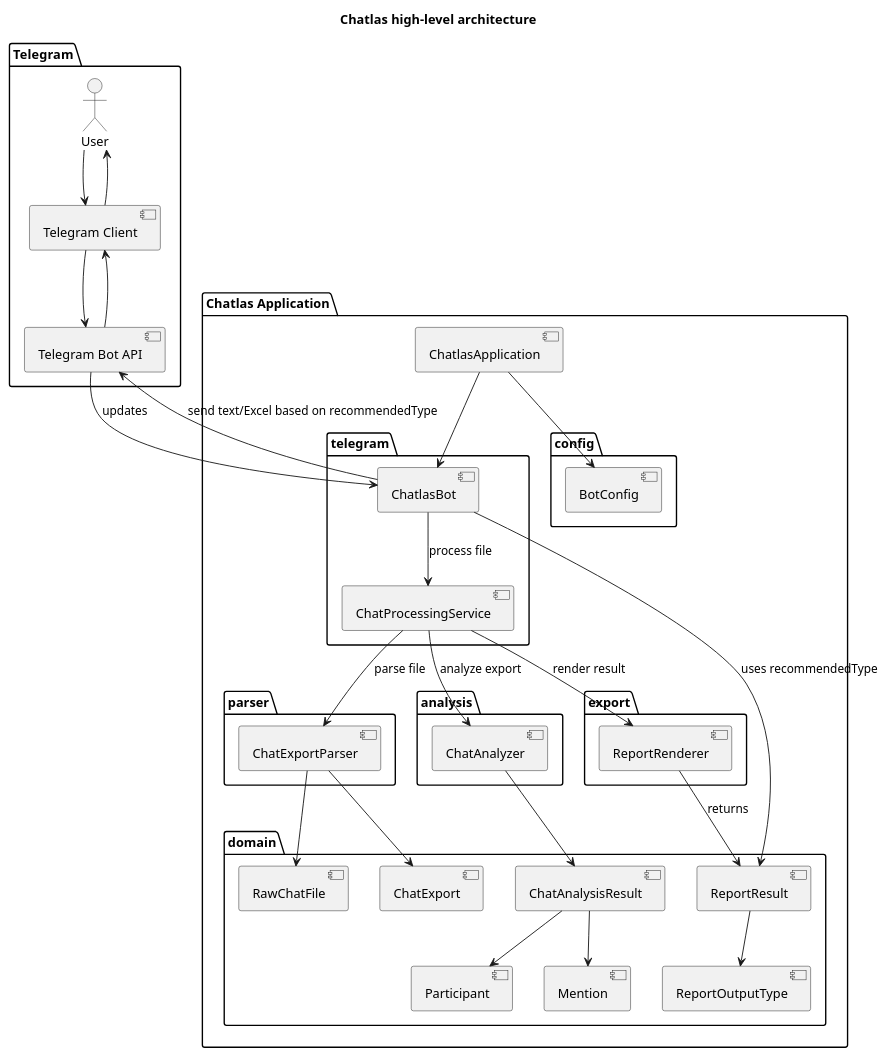
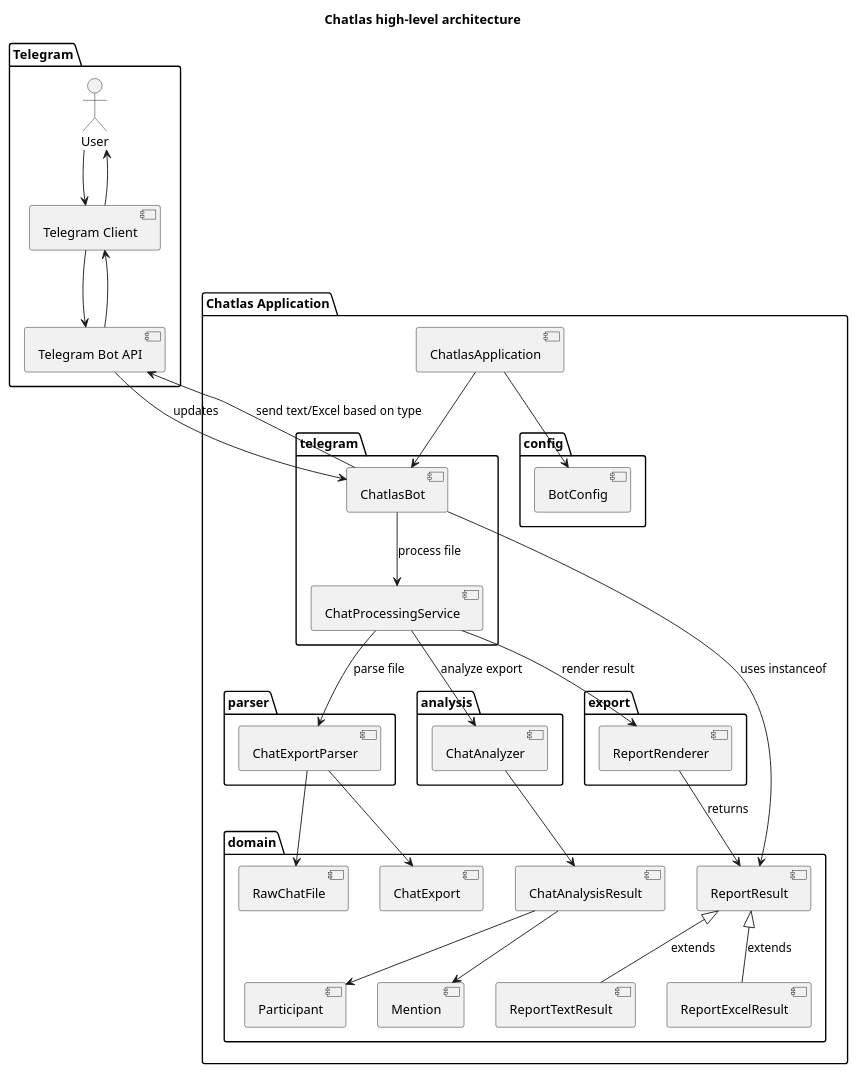
Before and after one commit to vspochernin/chatlas: the diagram in docs/diagrams/architecture.puml, drawn with PlantUML. The commit also changed 13 other files, not shown here.

```diff
--- a/docs/diagrams/architecture.puml
+++ b/docs/diagrams/architecture.puml
@@ -1,71 +1,73 @@
 @startuml chatlas_architecture
 title Chatlas high-level architecture
 
 package "Telegram" {
   actor "User" as User
   [Telegram Client] as TgClient
   [Telegram Bot API] as TgAPI
 }
 
 package "Chatlas Application" {
   [ChatlasApplication] as App
 
   package "telegram" {
     [ChatlasBot] as Bot
     [ChatProcessingService] as ProcessingService
   }
 
   package "parser" {
     [ChatExportParser] as Parser
   }
 
   package "analysis" {
     [ChatAnalyzer] as Analyzer
   }
 
   package "export" {
     [ReportRenderer] as Renderer
   }
 
   package "domain" {
     [RawChatFile] as RawFile
     [ChatExport] as ChatExport
     [Participant] as Participant
     [Mention] as Mention
     [ChatAnalysisResult] as AnalysisResult
     [ReportResult] as ReportResult
-    [ReportOutputType] as ReportOutputType
+    [ReportTextResult] as ReportTextResult
+    [ReportExcelResult] as ReportExcelResult
   }
 
   package "config" {
     [BotConfig] as BotConfig
   }
 }
 
 User --> TgClient
 TgClient --> TgAPI
 TgAPI --> Bot : updates
 
 App --> BotConfig
 App --> Bot
 
 Bot --> ProcessingService : process file
 
 ProcessingService --> Parser : parse file
 Parser --> ChatExport
 Parser --> RawFile
 
 ProcessingService --> Analyzer : analyze export
 Analyzer --> AnalysisResult
 AnalysisResult --> Participant
 AnalysisResult --> Mention
 
 ProcessingService --> Renderer : render result
 Renderer --> ReportResult : returns
-ReportResult --> ReportOutputType
-Bot --> ReportResult : uses recommendedType
-Bot --> TgAPI : send text/Excel based on recommendedType
+ReportResult <|-- ReportTextResult : extends
+ReportResult <|-- ReportExcelResult : extends
+Bot --> ReportResult : uses instanceof
+Bot --> TgAPI : send text/Excel based on type
 TgAPI --> TgClient
 TgClient --> User
 
 @enduml
```
